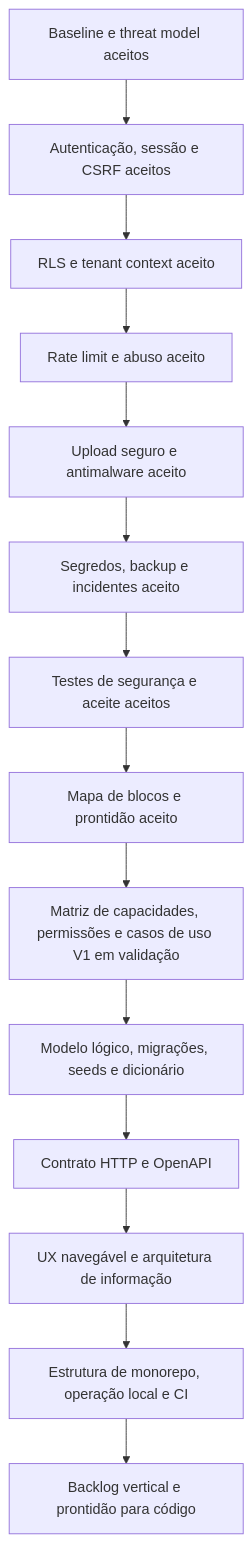
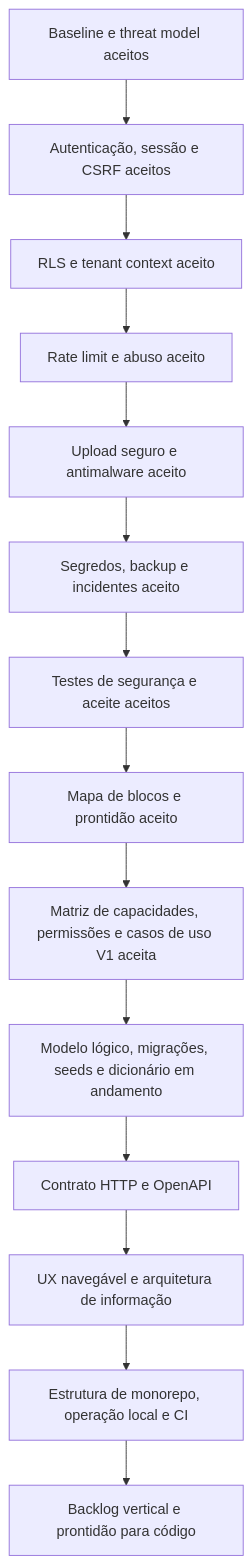
Before and after one commit to KogaKleins/Concentus: the second of 2 diagrams in docs/architecture/README.md, drawn with Mermaid. The commit also changed other lines of this file and 10 other files, not shown here.

````diff
--- a/docs/architecture/README.md
+++ b/docs/architecture/README.md
@@ -103,16 +103,16 @@
 ```mermaid
 flowchart TD
     A[Baseline e threat model aceitos] --> B[Autenticação, sessão e CSRF aceitos]
     B --> C[RLS e tenant context aceito]
     C --> D[Rate limit e abuso aceito]
     D --> E[Upload seguro e antimalware aceito]
     E --> F[Segredos, backup e incidentes aceito]
     F --> G[Testes de segurança e aceite aceitos]
     G --> H[Mapa de blocos e prontidão aceito]
-    H --> I[Matriz de capacidades, permissões e casos de uso V1 em validação]
-    I --> J[Modelo lógico, migrações, seeds e dicionário]
+    H --> I[Matriz de capacidades, permissões e casos de uso V1 aceita]
+    I --> J[Modelo lógico, migrações, seeds e dicionário em andamento]
     J --> K[Contrato HTTP e OpenAPI]
     K --> L[UX navegável e arquitetura de informação]
     L --> M[Estrutura de monorepo, operação local e CI]
     M --> N[Backlog vertical e prontidão para código]
 ```
````
